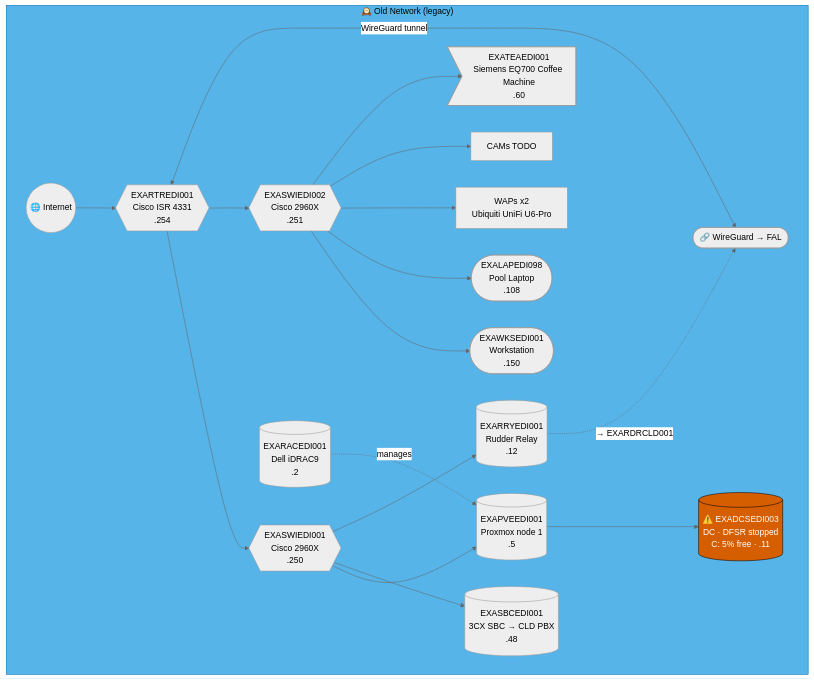
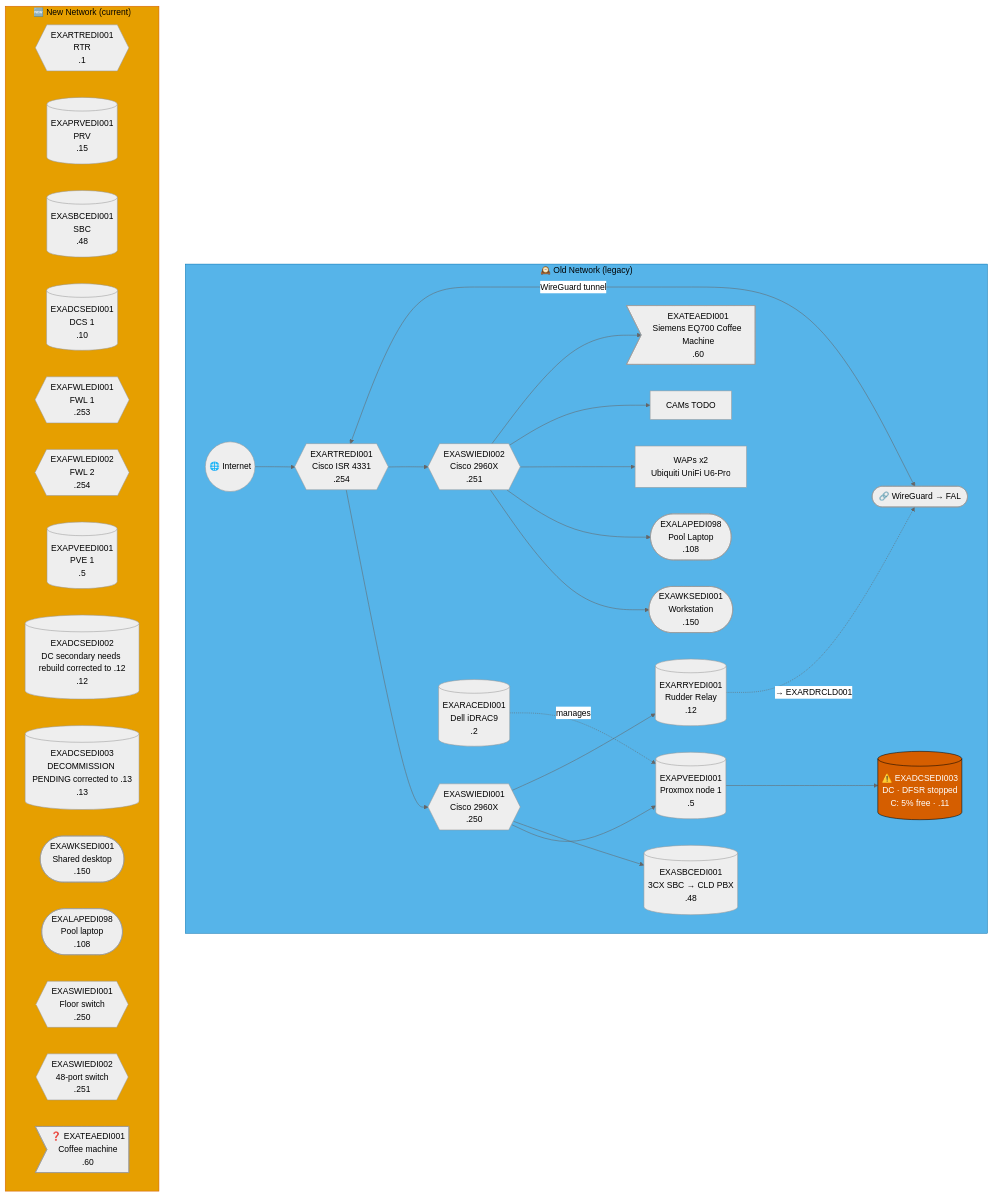
The third of 51 diagrams in docs/network-diagram.md (knightmare2600/example_music_infra), drawn with Mermaid (neutral theme) before and after one commit. The commit also changed other lines of this file and 1 other file, not shown here.

````diff
--- a/docs/network-diagram.md
+++ b/docs/network-diagram.md
@@ -272,33 +354,52 @@
 ```mermaid
 graph TD
     subgraph OLD_EDI ["🕰️ Old Network (legacy)"]
       INET(("🌐 Internet"))
       RTR{{"EXARTREDI001<br/>Cisco ISR 4331<br/>.254"}}
       SW1{{"EXASWIEDI001<br/>Cisco 2960X<br/>.250"}}
       SW2{{"EXASWIEDI002<br/>Cisco 2960X<br/>.251"}}
       RAC[("EXARACEDI001<br/>Dell iDRAC9<br/>.2")]
       PVE[("EXAPVEEDI001<br/>Proxmox node 1<br/>.5")]
       DC[("⚠️ EXADCSEDI003<br/>DC · DFSR stopped<br/>C: 5% free · .11")]
       SBC[("EXASBCEDI001<br/>3CX SBC → CLD PBX<br/>.48")]
       RRY[("EXARRYEDI001<br/>Rudder Relay<br/>.12")]
       WKS(["EXAWKSEDI001<br/>Workstation<br/>.150"])
       LAP(["EXALAPEDI098<br/>Pool Laptop<br/>.108"])
       WAP["WAPs x2<br/>Ubiquiti UniFi U6-Pro"]
       CAM["CAMs TODO"]
       COF>"EXATEAEDI001<br/>Siemens EQ700 Coffee Machine<br/>.60"]
       VPN(["🔗 WireGuard → FAL"])
 
       INET --> RTR --> SW1 & SW2
       SW1 --> PVE --> DC
       SW1 --> SBC
       RAC -.->|"manages"| PVE
       SW2 --> WKS & LAP & WAP & CAM & COF
       RTR <-->|"WireGuard tunnel"| VPN
 
       SW1 --> RRY
       RRY -. "→ EXARDRCLD001" .-> VPN
     end
     style OLD_EDI fill:#56B4E9,stroke:#0072B2,color:#000000
+    %% GENERATED:NEW-NETWORK:EDI:START
+    subgraph NEW_EDI ["🆕 New Network (current)"]
+      N_RTR{{"EXARTREDI001<br/>RTR<br/>.1"}}
+      N_PRV[("EXAPRVEDI001<br/>PRV<br/>.15")]
+      N_SBC[("EXASBCEDI001<br/>SBC<br/>.48")]
+      N_DCS[("EXADCSEDI001<br/>DCS 1<br/>.10")]
+      N_FWL{{"EXAFWLEDI001<br/>FWL 1<br/>.253"}}
+      N_FWL2{{"EXAFWLEDI002<br/>FWL 2<br/>.254"}}
+      N_PVE[("EXAPVEEDI001<br/>PVE 1<br/>.5")]
+      N_DCS2[("EXADCSEDI002<br/>DC secondary needs rebuild corrected to .12<br/>.12")]
+      N_DCS3[("EXADCSEDI003<br/>DECOMMISSION PENDING corrected to .13<br/>.13")]
+      N_WKS(["EXAWKSEDI001<br/>Shared desktop<br/>.150"])
+      N_LAP(["EXALAPEDI098<br/>Pool laptop<br/>.108"])
+      N_SWI{{"EXASWIEDI001<br/>Floor switch<br/>.250"}}
+      N_SWI2{{"EXASWIEDI002<br/>48-port switch<br/>.251"}}
+      N_TEA>"❓ EXATEAEDI001<br/>Coffee machine<br/>.60"]
+    end
+    style NEW_EDI fill:#E69F00,stroke:#D55E00,color:#000000
+    %% GENERATED:NEW-NETWORK:EDI:END
     classDef warn fill:#D55E00,stroke:#000000,color:#ffffff
     class DC warn
 ```
````
